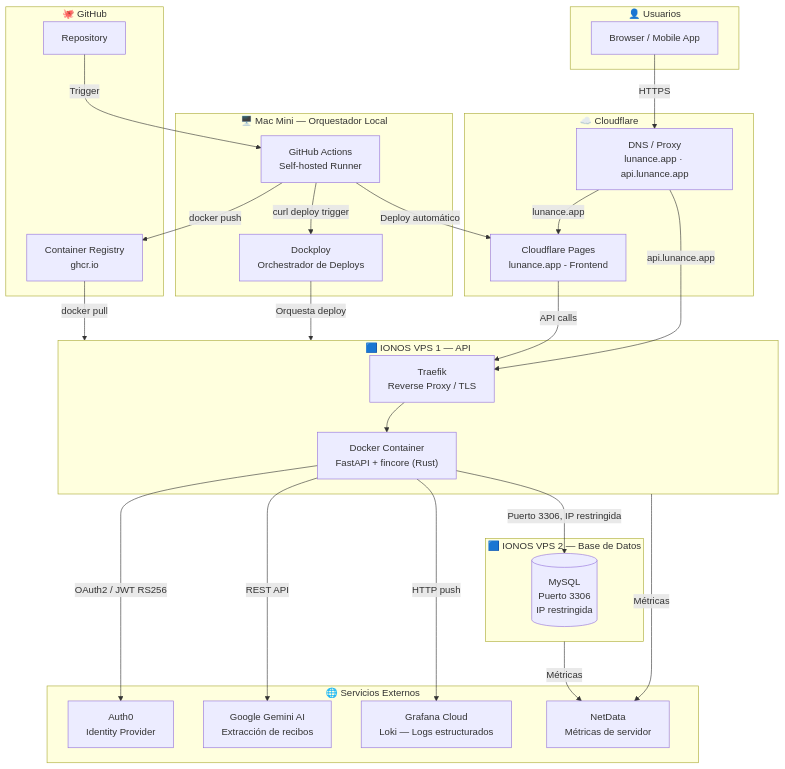
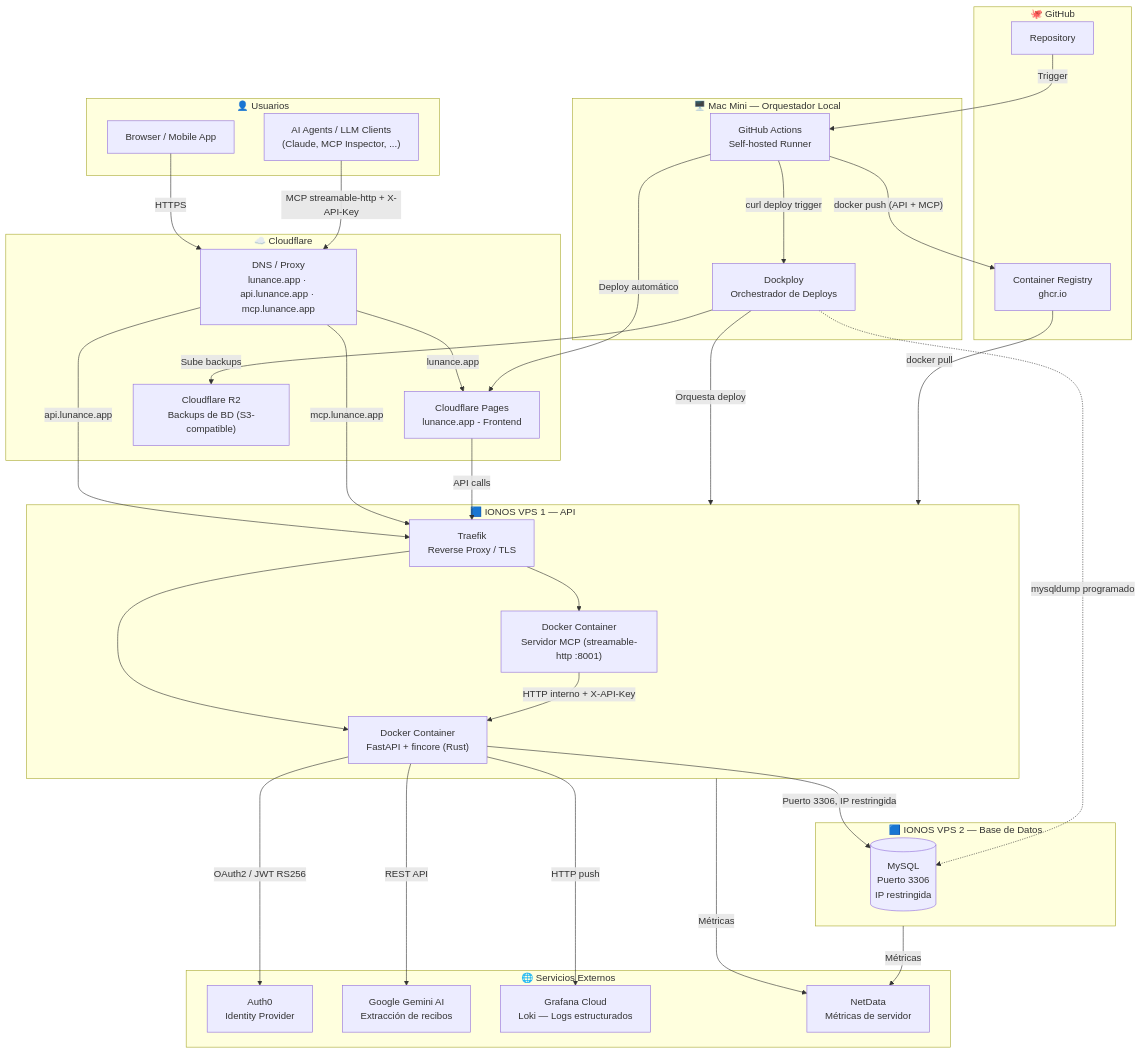
One commit to DiegoDG-01/LunanceIA changed the second of 8 diagrams in docs/ARCHITECTURE.md. Above: the diagram before and after it, drawn with Mermaid. The commit also changed other lines of this file and 1 other file, not shown here.

Commit message:
docs: Update architecture for MCP server and Cloudflare R2 backups

````diff
--- a/docs/ARCHITECTURE.md
+++ b/docs/ARCHITECTURE.md
@@ -59,62 +59,75 @@
 ```mermaid
 graph TD
     subgraph Users["👤 Usuarios"]
         Browser[Browser / Mobile App]
+        Agent["AI Agents / LLM Clients\n(Claude, MCP Inspector, ...)"]
     end
 
     subgraph CF["☁️ Cloudflare"]
-        CF_DNS[DNS / Proxy\nlunance.app · api.lunance.app]
+        CF_DNS["DNS / Proxy\nlunance.app · api.lunance.app · mcp.lunance.app"]
         CF_Pages[Cloudflare Pages\nlunance.app - Frontend]
+        CF_R2["Cloudflare R2\nBackups de BD (S3-compatible)"]
     end
 
     subgraph MacMini["🖥️ Mac Mini — Orquestador Local"]
         GH_Runner[GitHub Actions\nSelf-hosted Runner]
         Dockploy_Local[Dockploy\nOrchestrador de Deploys]
     end
 
     subgraph GitHub["🐙 GitHub"]
         Repo[Repository]
         Registry[Container Registry\nghcr.io]
     end
 
     subgraph VPS1["🟦 IONOS VPS 1 — API"]
         Traefik[Traefik\nReverse Proxy / TLS]
         Docker_API["Docker Container\nFastAPI + fincore (Rust)"]
+        Docker_MCP["Docker Container\nServidor MCP (streamable-http :8001)"]
     end
 
     subgraph VPS2["🟦 IONOS VPS 2 — Base de Datos"]
         MySQL[(MySQL\nPuerto 3306\nIP restringida)]
     end
 
     subgraph ExternalSvc["🌐 Servicios Externos"]
         Auth0[Auth0\nIdentity Provider]
         Gemini[Google Gemini AI\nExtracción de recibos]
-        GrafanaCloud[Grafana Cloud\nLoki — Logs estructurados]
+        GrafanaCloud["Grafana Cloud\nLoki — Logs estructurados"]
         NetData[NetData\nMétricas de servidor]
     end
 
     %% Flujo de usuario
     Browser -->|HTTPS| CF_DNS
+    Agent -->|MCP streamable-http + X-API-Key| CF_DNS
     CF_DNS -->|lunance.app| CF_Pages
     CF_DNS -->|api.lunance.app| Traefik
+    CF_DNS -->|mcp.lunance.app| Traefik
     CF_Pages -->|API calls| Traefik
     Traefik --> Docker_API
+    Traefik --> Docker_MCP
+
+    %% MCP -> API (proxy interno respetando los scopes de la API Key)
+    Docker_MCP -->|HTTP interno + X-API-Key| Docker_API
 
     %% Comunicación interna
     Docker_API -->|Puerto 3306, IP restringida| MySQL
     Docker_API -->|OAuth2 / JWT RS256| Auth0
     Docker_API -->|REST API| Gemini
     Docker_API -->|HTTP push| GrafanaCloud
 
     %% Métricas de infraestructura
     VPS1 -->|Métricas| NetData
     VPS2 -->|Métricas| NetData
 
     %% CI/CD
     Repo -->|Trigger| GH_Runner
-    GH_Runner -->|docker push| Registry
+    GH_Runner -->|"docker push (API + MCP)"| Registry
     GH_Runner -->|curl deploy trigger| Dockploy_Local
     Dockploy_Local -->|Orquesta deploy| VPS1
     Registry -->|docker pull| VPS1
     GH_Runner -->|Deploy automático| CF_Pages
+
+    %% Backups de BD (Dockploy -> Cloudflare R2)
+    Dockploy_Local -.->|mysqldump programado| MySQL
+    Dockploy_Local -->|Sube backups| CF_R2
 ```
````
